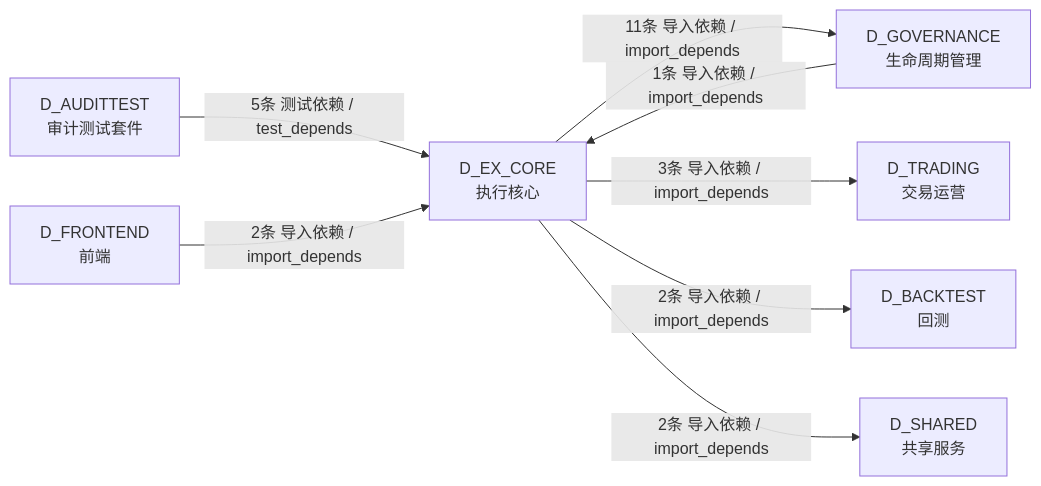
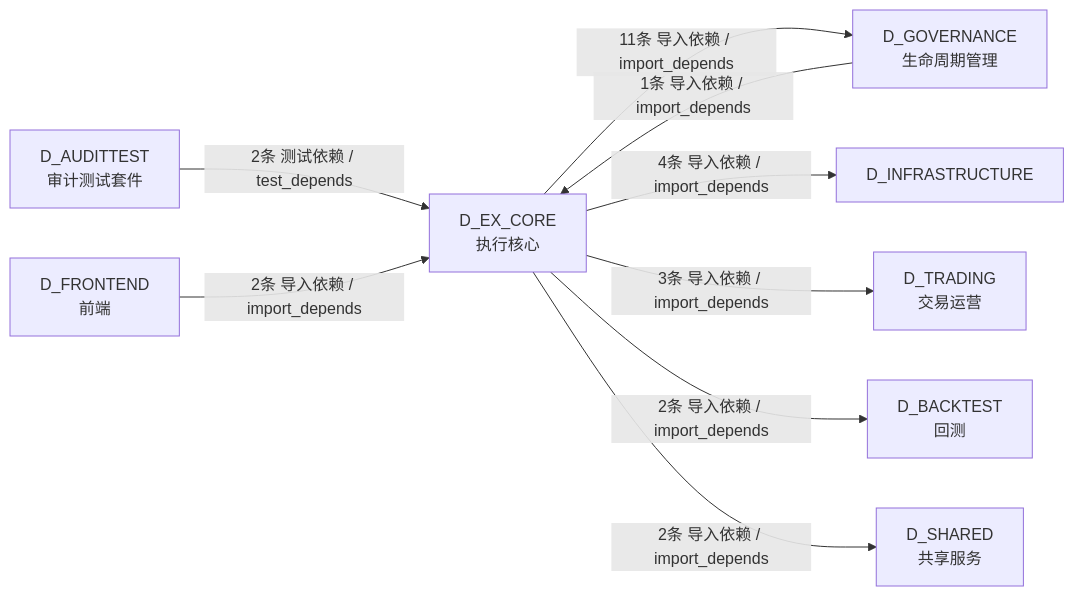
One commit to xuanFelixVan/ZephyrAlpha changed the fifth of 5 diagrams in docs/02_enterprise_architecture/02_domain_architecture_docs/32_d_ex_core.md. Above: the diagram before and after it, drawn with Mermaid. The commit also changed other lines of this file and 112 other files, not shown here.

````diff
--- a/docs/02_enterprise_architecture/02_domain_architecture_docs/32_d_ex_core.md
+++ b/docs/02_enterprise_architecture/02_domain_architecture_docs/32_d_ex_core.md
@@ -281,17 +291,19 @@
 ```mermaid
 graph LR
     D_EX_CORE["D_EX_CORE<br/>执行核心"]
     D_GOVERNANCE["D_GOVERNANCE<br/>生命周期管理"]
+    D_INFRASTRUCTURE["D_INFRASTRUCTURE"]
     D_TRADING["D_TRADING<br/>交易运营"]
     D_BACKTEST["D_BACKTEST<br/>回测"]
     D_SHARED["D_SHARED<br/>共享服务"]
     D_AUDITTEST["D_AUDITTEST<br/>审计测试套件"]
     D_FRONTEND["D_FRONTEND<br/>前端"]
     D_EX_CORE -->|11条 导入依赖 / import_depends| D_GOVERNANCE
+    D_EX_CORE -->|4条 导入依赖 / import_depends| D_INFRASTRUCTURE
     D_EX_CORE -->|3条 导入依赖 / import_depends| D_TRADING
     D_EX_CORE -->|2条 导入依赖 / import_depends| D_BACKTEST
     D_EX_CORE -->|2条 导入依赖 / import_depends| D_SHARED
-    D_AUDITTEST -->|5条 测试依赖 / test_depends| D_EX_CORE
+    D_AUDITTEST -->|2条 测试依赖 / test_depends| D_EX_CORE
     D_FRONTEND -->|2条 导入依赖 / import_depends| D_EX_CORE
     D_GOVERNANCE -->|1条 导入依赖 / import_depends| D_EX_CORE
 ```
````
